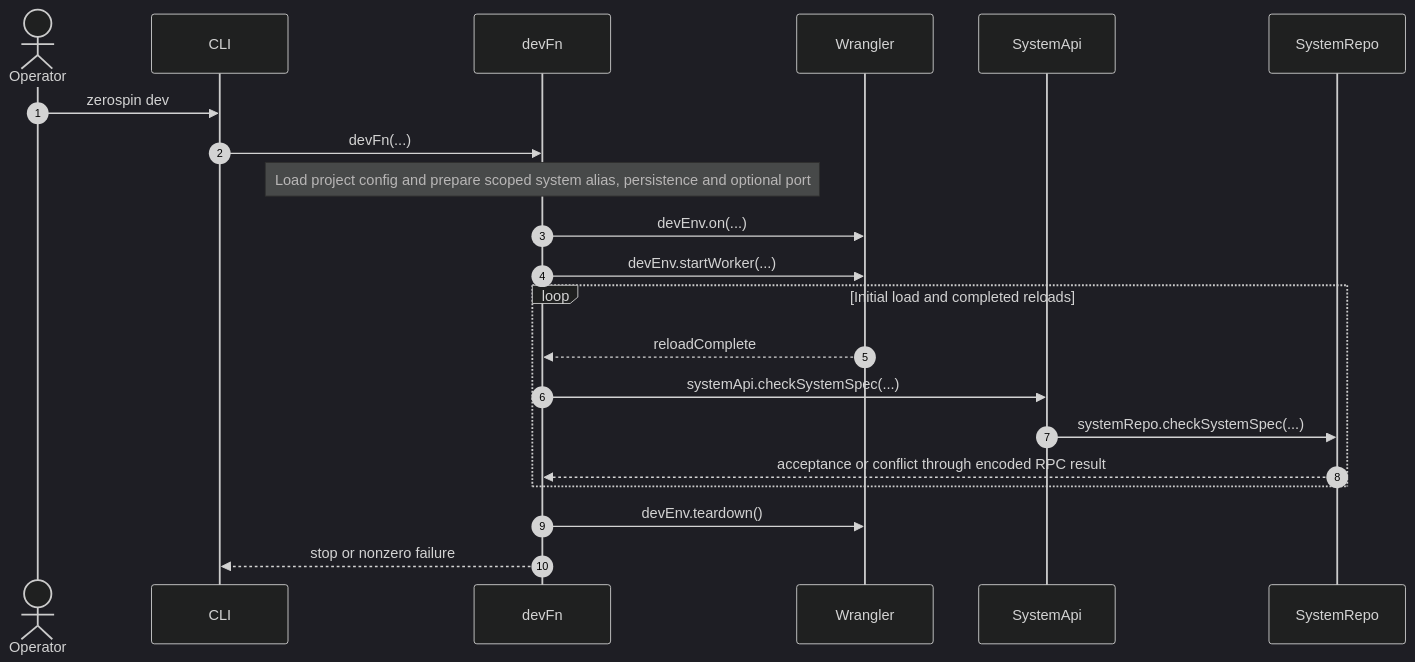
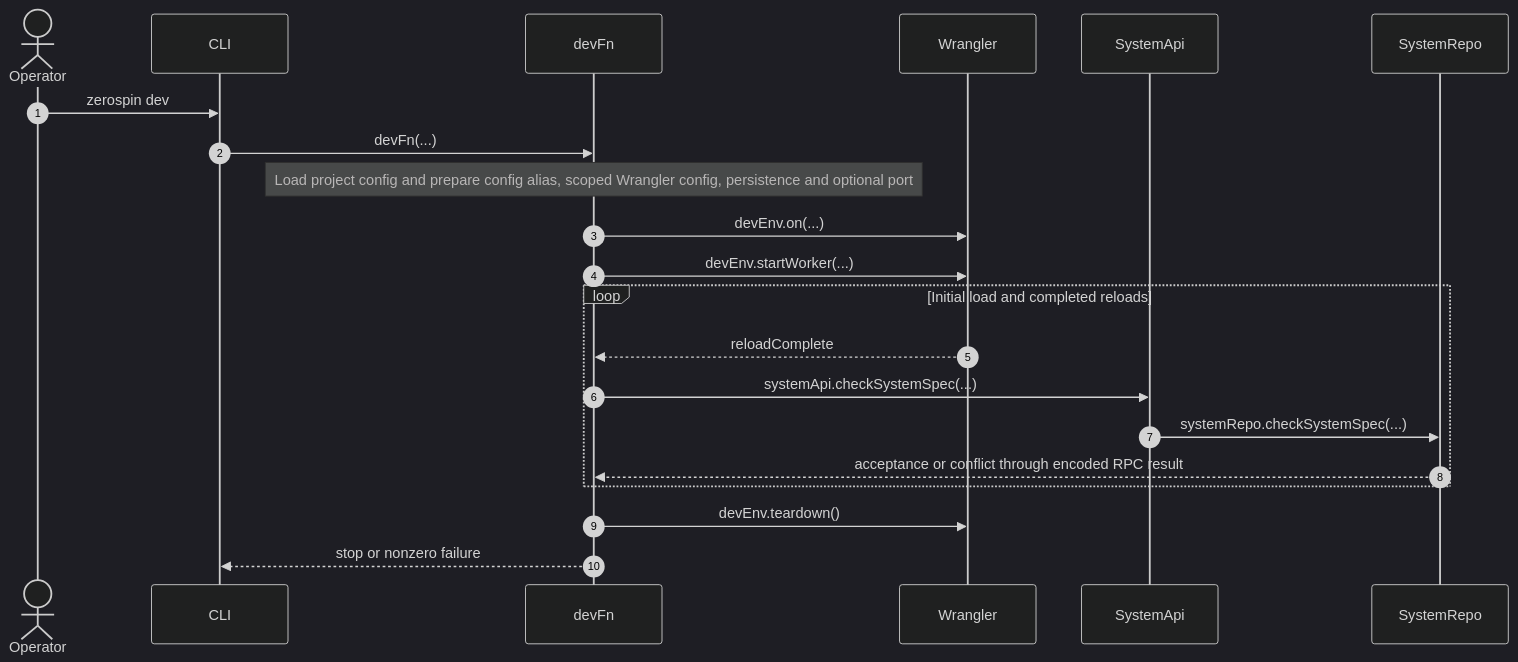
The second of 3 diagrams in wiki/architecture/AuthoredSystem.md (morgs32/qrk.sh), drawn with Mermaid (dark theme) before and after one commit. The commit also changed other lines of this file and 404 other files, not shown here.

````diff
--- a/wiki/architecture/AuthoredSystem.md
+++ b/wiki/architecture/AuthoredSystem.md
@@ -481,32 +484,32 @@
 ```mermaid
 sequenceDiagram
   actor Operator
   participant CLI
   participant devFn
   participant Wrangler
   participant SystemApi
   participant SystemRepo
   autonumber 1
   Operator->>CLI: zerospin dev
   autonumber 2
   CLI->>devFn: devFn(...)
-  Note over devFn: Load project config and prepare scoped system alias, persistence and optional port
+  Note over devFn: Load project config and prepare config alias, scoped Wrangler config, persistence and optional port
   autonumber 3
   devFn->>Wrangler: devEnv.on(...)
   autonumber 4
   devFn->>Wrangler: devEnv.startWorker(...)
   loop Initial load and completed reloads
     autonumber 5
     Wrangler-->>devFn: reloadComplete
     autonumber 6
     devFn->>SystemApi: systemApi.checkSystemSpec(...)
     autonumber 7
     SystemApi->>SystemRepo: systemRepo.checkSystemSpec(...)
     autonumber 8
     SystemRepo-->>devFn: acceptance or conflict through encoded RPC result
   end
   autonumber 9
   devFn->>Wrangler: devEnv.teardown()
   autonumber 10
   devFn-->>CLI: stop or nonzero failure
 ```
````
